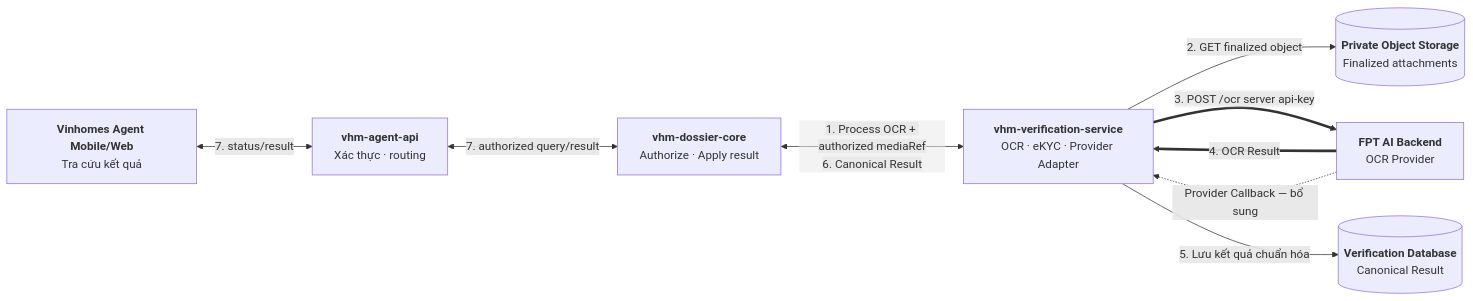
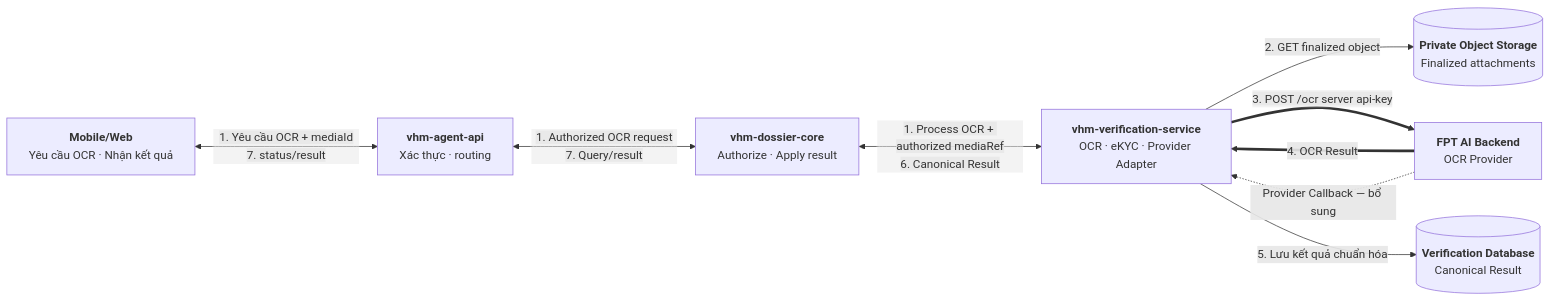
One commit to huynv-xyz/vhm changed the second of 10 diagrams in noxh.md. Above: the diagram before and after it, drawn with Mermaid. The commit also changed other lines of this file, not shown here.

````diff
--- a/noxh.md
+++ b/noxh.md
@@ -164,28 +164,30 @@
 ```mermaid
 flowchart LR
-    AGENT["`**Vinhomes Agent Mobile/Web**
-Tra cứu kết quả`"]
+    AGENT["`**Mobile/Web**
+Yêu cầu OCR · Nhận kết quả`"]
     BFF["`**vhm-agent-api**
 Xác thực · routing`"]
     NOXH["`**vhm-dossier-core**
 Authorize · Apply result`"]
     VERIFY["`**vhm-verification-service**
 OCR · eKYC · Provider Adapter`"]
     MEDIA[("`**Private Object Storage**
 Finalized attachments`")]
     PROVIDER["`**FPT AI Backend**
 OCR Provider`"]
     DB[("`**Verification Database**
 Canonical Result`")]
 
-    AGENT <-->|"7. status/result"| BFF
-    BFF <-->|"7. authorized query/result"| NOXH
+    AGENT <-->|"`1. Yêu cầu OCR + mediaId
+7. status/result`"| BFF
+    BFF <-->|"`1. Authorized OCR request
+7. Query/result`"| NOXH
     NOXH <-->|"`1. Process OCR + authorized mediaRef
 6. Canonical Result`"| VERIFY
     VERIFY -->|"2. GET finalized object"| MEDIA
     VERIFY ==>|"`3. POST /ocr
 server api-key`"| PROVIDER
     PROVIDER ==>|"4. OCR Result"| VERIFY
     PROVIDER -.->|"Provider Callback — bổ sung"| VERIFY
     VERIFY -->|"5. Lưu kết quả chuẩn hóa"| DB
 ```
````
